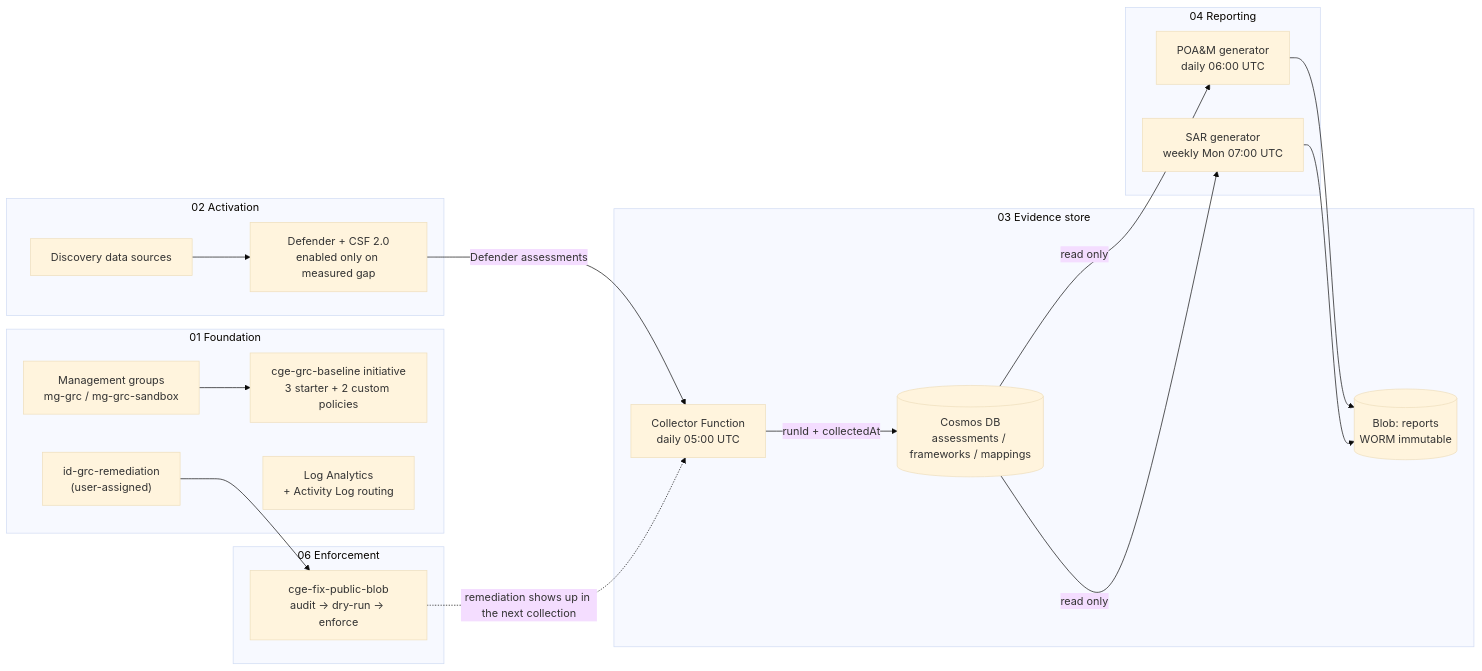
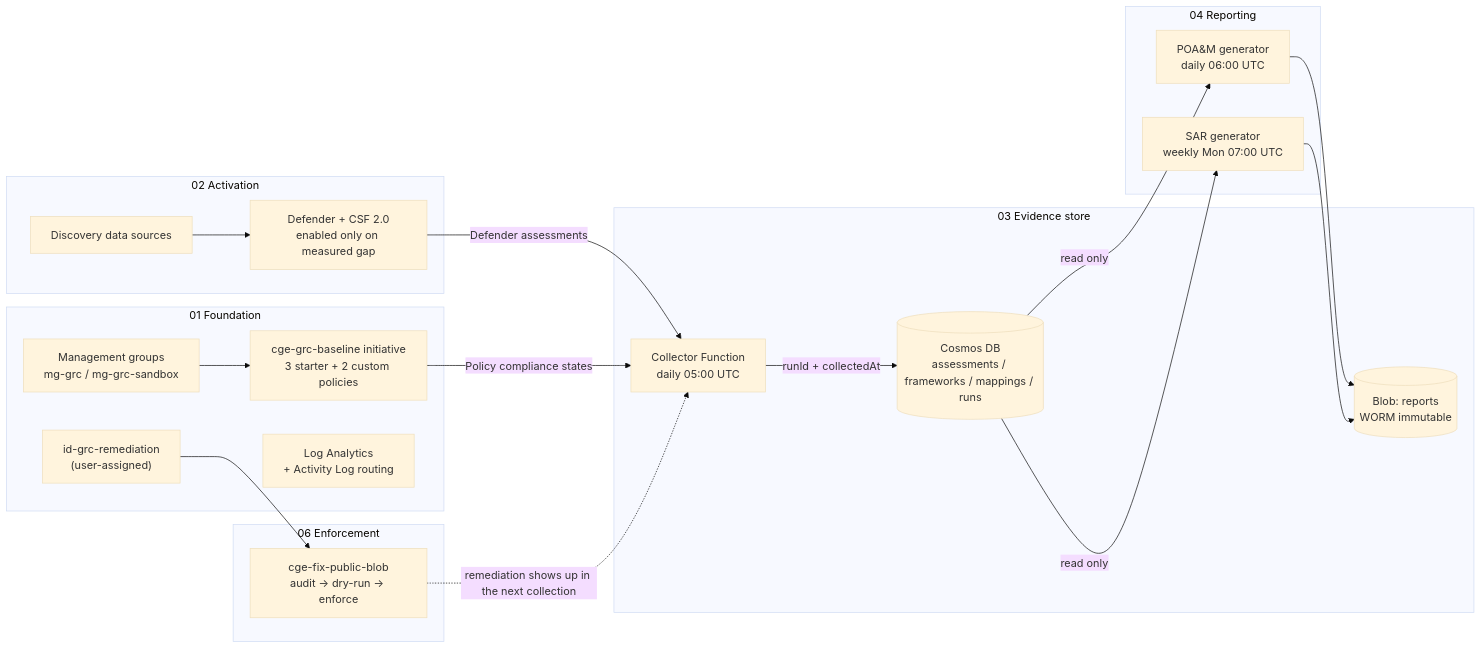
One commit to oindeed/cgeaz changed the first of 2 diagrams in docs/ARCHITECTURE.md. Above: the diagram before and after it, drawn with Mermaid (base theme). The commit also changed other lines of this file and 12 other files, not shown here.

First line of the commit message:
Collect Azure Policy compliance alongside Defender; add a run ledger

````diff
--- a/docs/ARCHITECTURE.md
+++ b/docs/ARCHITECTURE.md
@@ -14,36 +14,37 @@
 ```mermaid
 flowchart LR
     subgraph S1["01 Foundation"]
         MG["Management groups<br/>mg-grc / mg-grc-sandbox"]
         INIT["cge-grc-baseline initiative<br/>3 starter + 2 custom policies"]
         LAW["Log Analytics<br/>+ Activity Log routing"]
         RID["id-grc-remediation<br/>(user-assigned)"]
     end
     subgraph S2["02 Activation"]
         DISC["Discovery data sources"]
         ACT["Defender + CSF 2.0<br/>enabled only on measured gap"]
     end
     subgraph S3["03 Evidence store"]
         COL["Collector Function<br/>daily 05:00 UTC"]
-        COS[("Cosmos DB<br/>assessments / frameworks / mappings")]
+        COS[("Cosmos DB<br/>assessments / frameworks / mappings / runs")]
         WORM[("Blob: reports<br/>WORM immutable")]
     end
     subgraph S4["04 Reporting"]
         POAM["POA&M generator<br/>daily 06:00 UTC"]
         SAR["SAR generator<br/>weekly Mon 07:00 UTC"]
     end
     subgraph S6["06 Enforcement"]
         FIX["cge-fix-public-blob<br/>audit → dry-run → enforce"]
     end
 
     MG --> INIT
     DISC --> ACT
     ACT -- "Defender assessments" --> COL
+    INIT -- "Policy compliance states" --> COL
     COL -- "runId + collectedAt" --> COS
     COS -- "read only" --> POAM
     COS -- "read only" --> SAR
     POAM --> WORM
     SAR --> WORM
     RID --> FIX
     FIX -. "remediation shows up in the next collection" .-> COL
 ```
````
